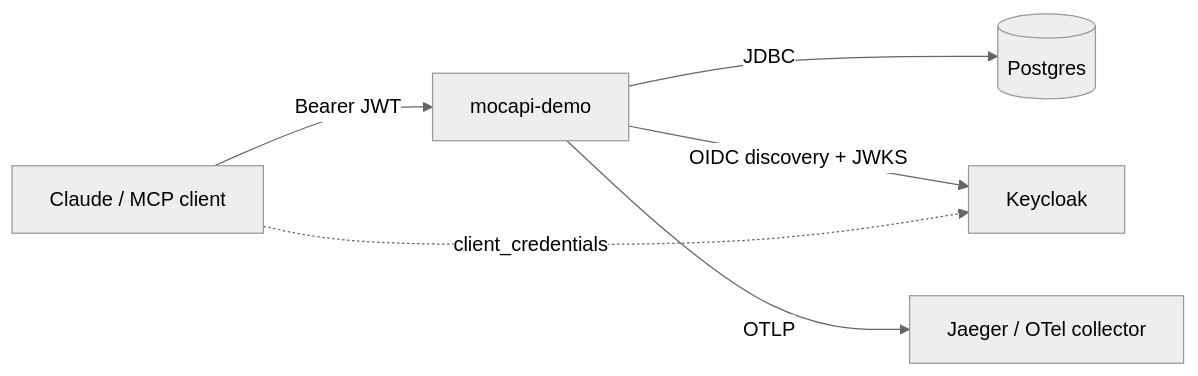
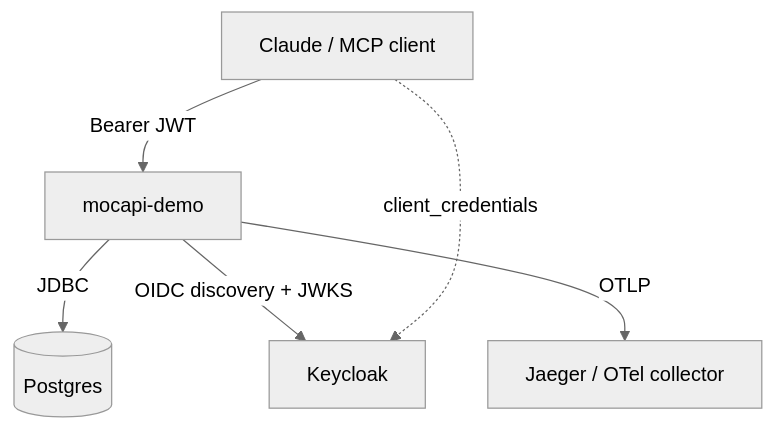
One commit to callibrity/mocapi-enterprise-demo changed the first of 2 diagrams in README.md. Above: the diagram before and after it, drawn with Mermaid (neutral theme).

Commit message:
Switch deployment diagram to top-down to avoid GitHub viewer clipping
The horizontal flowchart was wider than GitHub's embedded mermaid
viewport, clipping the Jaeger / OTel node on the right. TD layout
stacks the downstream services vertically and fits the pane.

````diff
--- a/README.md
+++ b/README.md
@@ -159,8 +159,8 @@
 ```mermaid
-flowchart LR
+flowchart TD
   llm[Claude / MCP client] -->|Bearer JWT| app[mocapi-demo]
   app -->|JDBC| pg[(Postgres)]
   app -->|OIDC discovery + JWKS| kc[Keycloak]
   app -->|OTLP| otel[Jaeger / OTel collector]
   llm -.->|client_credentials| kc
 ```
````
